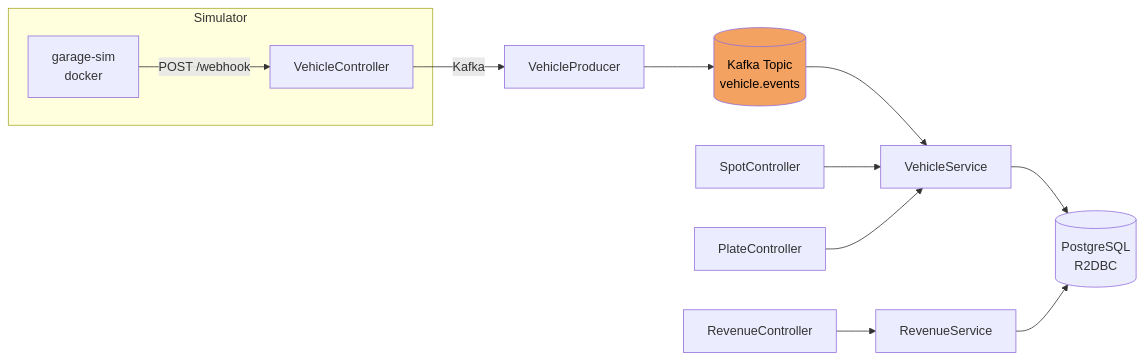
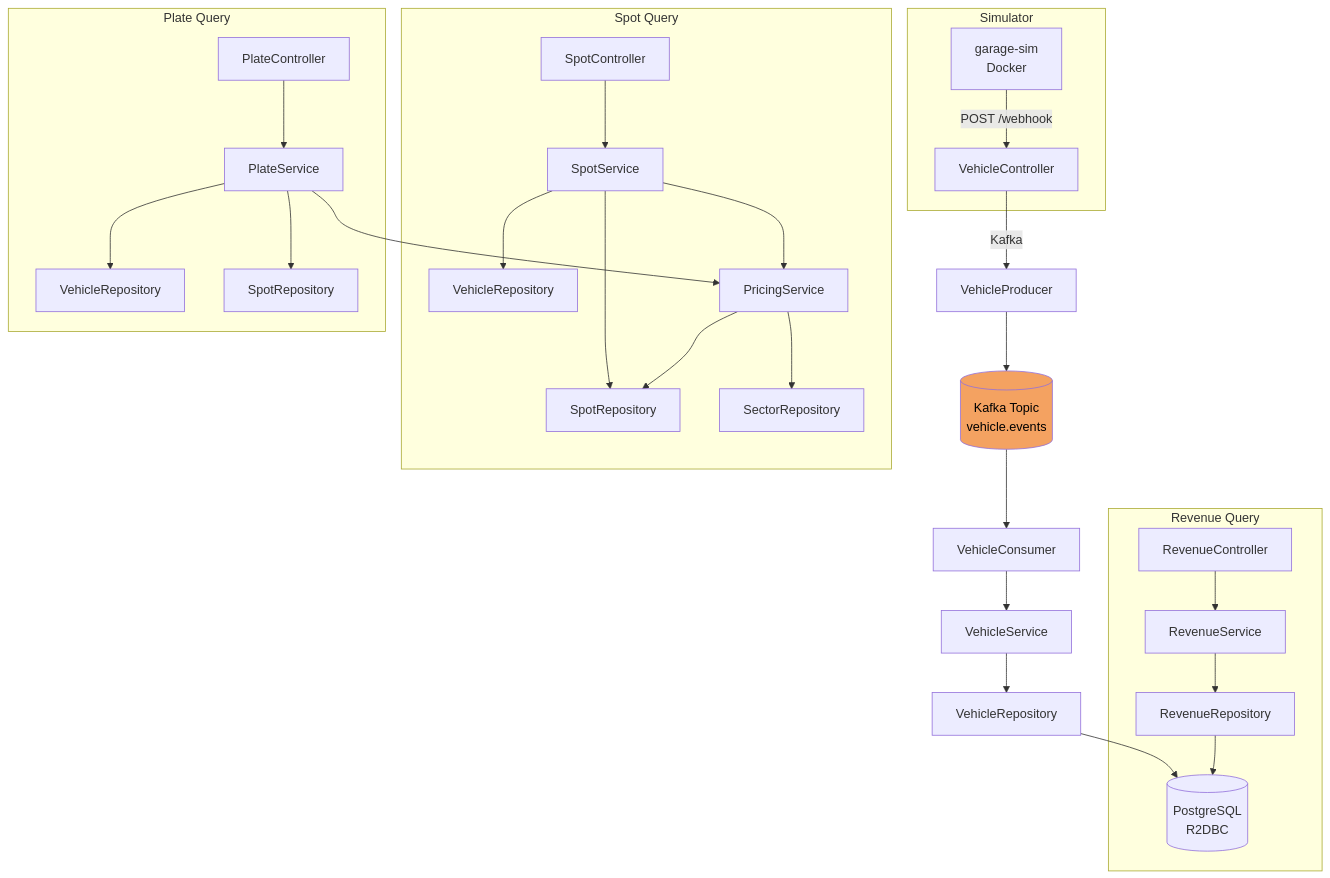
Before and after one commit to madrijkaard/auto-park-system: the diagram in README.md, drawn with Mermaid.

````diff
--- a/README.md
+++ b/README.md
@@ -57,17 +57,38 @@
 ```mermaid
-flowchart LR
+flowchart TD
+    %% --- VEHICLE INGESTION ---
     subgraph Simulator
-        A[garage-sim<br/>docker] --POST /webhook--> VC[VehicleController]
+        A[garage-sim
+Docker] -- POST /webhook --> VC[VehicleController]
     end
 
-    VC --Kafka--> KP[VehicleProducer]
-    KP --> K[(Kafka Topic<br/>vehicle.events)]
-    K --> VS[VehicleService]
-    VS --> DB[(PostgreSQL<br/>R2DBC)]
+    VC -- Kafka --> VP[VehicleProducer] --> KT[(Kafka Topic
+vehicle.events)]
+    KT --> VCON[VehicleConsumer] --> VS[VehicleService] --> VR[VehicleRepository] --> DB[(PostgreSQL
+R2DBC)]
 
-    SC[SpotController] --> VS
-    PC[PlateController] --> VS
-    RC[RevenueController] --> RS[RevenueService] --> DB
+    %% --- SPOT STATUS QUERY ---
+    subgraph Spot Query
+        SC[SpotController] --> SS[SpotService]
+        SS --> SR[SpotRepository]
+        SS --> VR2[VehicleRepository]
+        SS --> PR[PricingService]
+        PR --> SecR[SectorRepository]
+        PR --> SR
+    end
 
-    style K fill:#F4A261,color:#000
+    %% --- PLATE STATUS QUERY ---
+    subgraph Plate Query
+        PC[PlateController] --> PS[PlateService]
+        PS --> VR3[VehicleRepository]
+        PS --> SR2[SpotRepository]
+        PS --> PR
+    end
+
+    %% --- REVENUE REPORT ---
+    subgraph Revenue Query
+        RC[RevenueController] --> RVS[RevenueService] --> RevR[RevenueRepository] --> DB
+    end
+
+    style KT fill:#F4A261,color:#000
 ```
````
